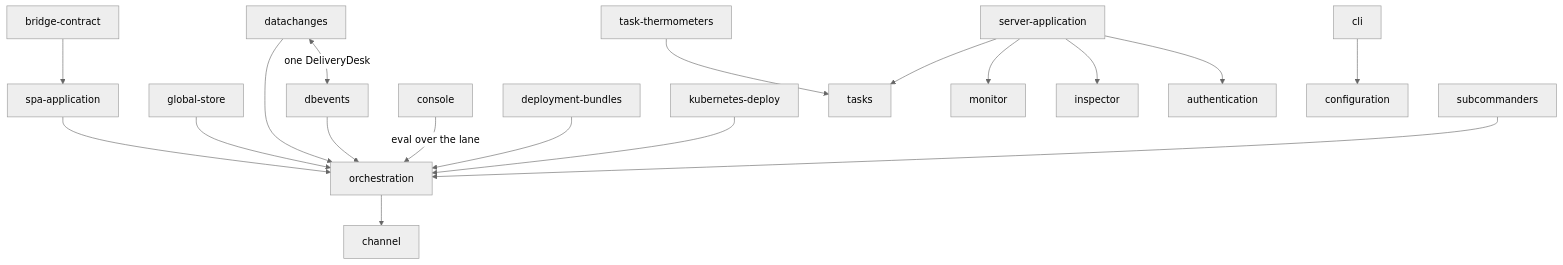
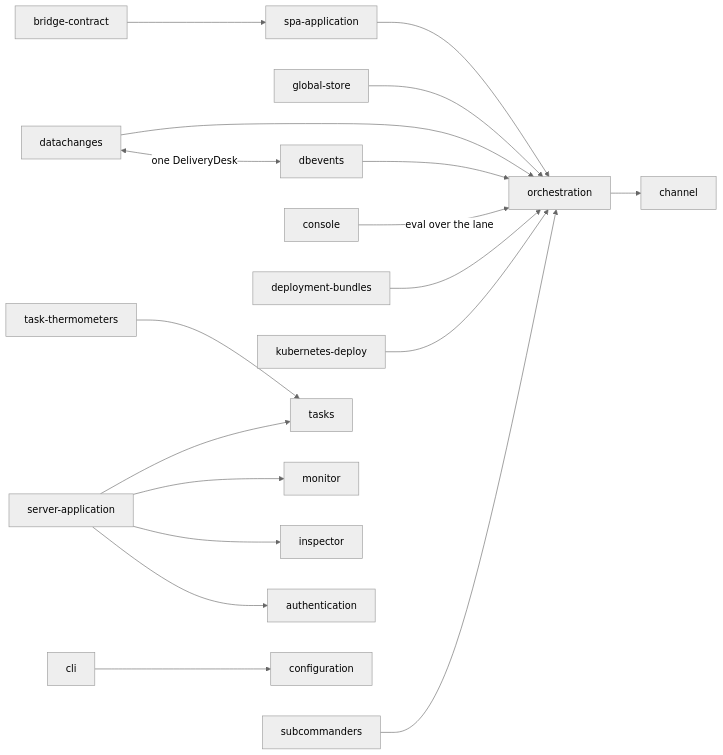
The second of 2 diagrams in internals/00_overview/README.md (genropy/genro-asgi), drawn with Mermaid (neutral theme) before and after one commit. The commit also changed other lines of this file and 41 other files, not shown here.

````diff
--- a/internals/00_overview/README.md
+++ b/internals/00_overview/README.md
@@ -129,17 +281,17 @@
 ```mermaid
-flowchart TD
+flowchart LR
     SPA[spa-application] --> ORC[orchestration]
     GS[global-store] --> ORC
     DC[datachanges] --> ORC
     DB[dbevents] --> ORC
     BRC[bridge-contract] --> SPA
     DC <-->|one DeliveryDesk| DB
     CON[console] -->|eval over the lane| ORC
     ORC --> CH[channel]
     BUN[deployment-bundles] --> ORC
     K8S[kubernetes-deploy] --> ORC
     SUB[subcommanders] --> ORC
     TH[task-thermometers] --> TSK[tasks]
     SRVA[server-application] --> MON[monitor] & INS[inspector] & TSK & AUTH[authentication]
     CLI[cli] --> CFG[configuration]
 ```
````
